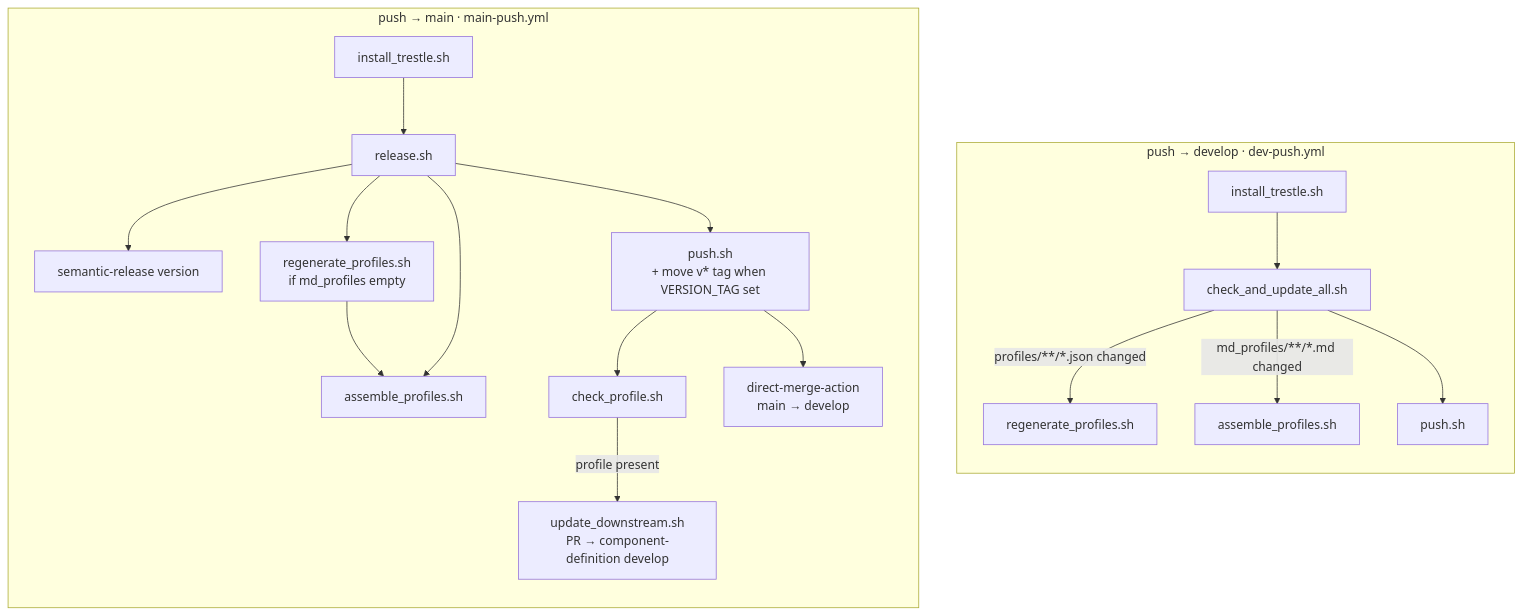
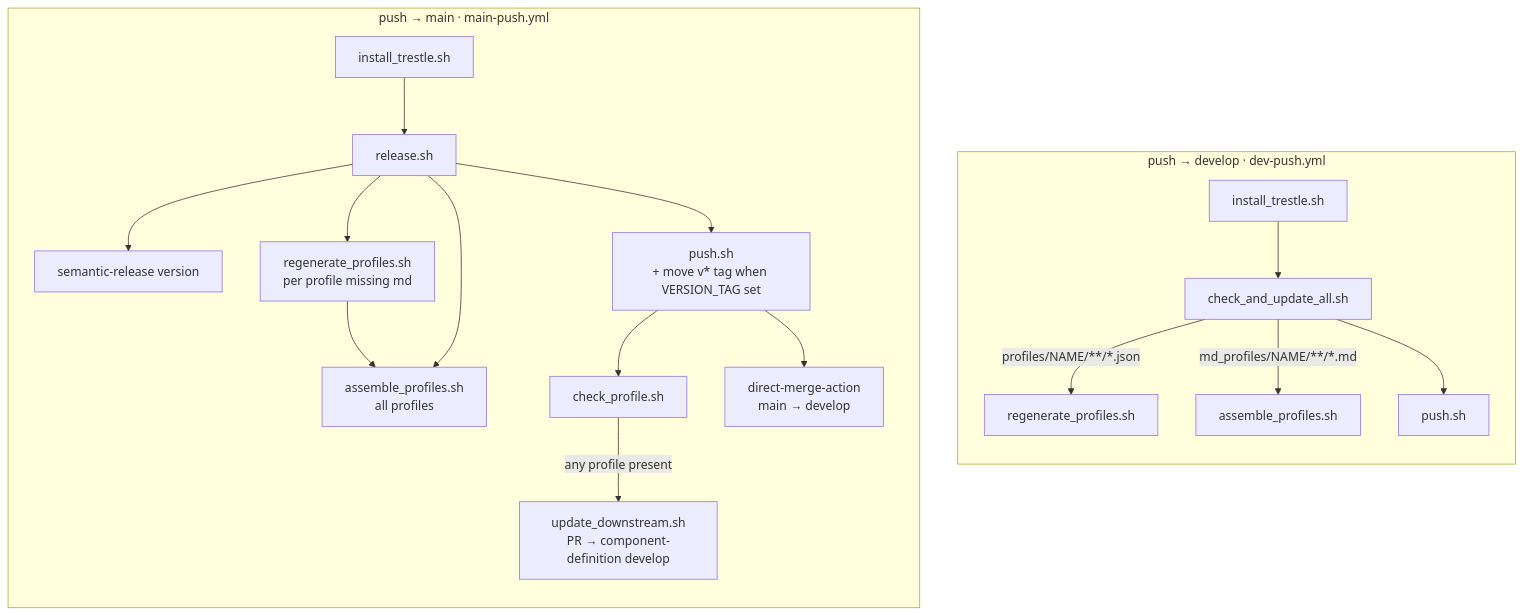
The diagram in README.md (sig-bsi-grundschutz/rh-profile-grundschutz-plus-plus), drawn with Mermaid before and after one commit. The commit also changed other lines of this file and 2 other files, not shown here.

Commit message:
test(ci): add local multi-profile verify fixture
Add a throwaway test-data profile and verify_multi_profile.sh for
local checks, and document per-profile CI behavior in the README.

````diff
--- a/README.md
+++ b/README.md
@@ -17,36 +17,36 @@
 ```mermaid
 flowchart TB
   subgraph develop["push → develop · dev-push.yml"]
     direction TB
     d_inst["install_trestle.sh"]
     d_upd["check_and_update_all.sh"]
     d_regen["regenerate_profiles.sh"]
     d_asm["assemble_profiles.sh"]
     d_push["push.sh"]
     d_inst --> d_upd
-    d_upd -->|"profiles/**/*.json changed"| d_regen
-    d_upd -->|"md_profiles/**/*.md changed"| d_asm
+    d_upd -->|"profiles/NAME/**/*.json"| d_regen
+    d_upd -->|"md_profiles/NAME/**/*.md"| d_asm
     d_upd --> d_push
   end
 
   subgraph main["push → main · main-push.yml"]
     direction TB
     m_inst["install_trestle.sh"]
     m_rel["release.sh"]
     m_psr["semantic-release version"]
-    m_regen["regenerate_profiles.sh<br/>if md_profiles empty"]
-    m_asm["assemble_profiles.sh"]
+    m_regen["regenerate_profiles.sh<br/>per profile missing md"]
+    m_asm["assemble_profiles.sh<br/>all profiles"]
     m_push["push.sh<br/>+ move v* tag when VERSION_TAG set"]
     m_chk["check_profile.sh"]
     m_down["update_downstream.sh<br/>PR → component-definition develop"]
     m_merge["direct-merge-action<br/>main → develop"]
     m_inst --> m_rel
     m_rel --> m_psr
     m_rel --> m_regen --> m_asm
     m_rel --> m_asm
     m_rel --> m_push
     m_push --> m_chk
-    m_chk -->|"profile present"| m_down
+    m_chk -->|"any profile present"| m_down
     m_push --> m_merge
   end
 ```
````
